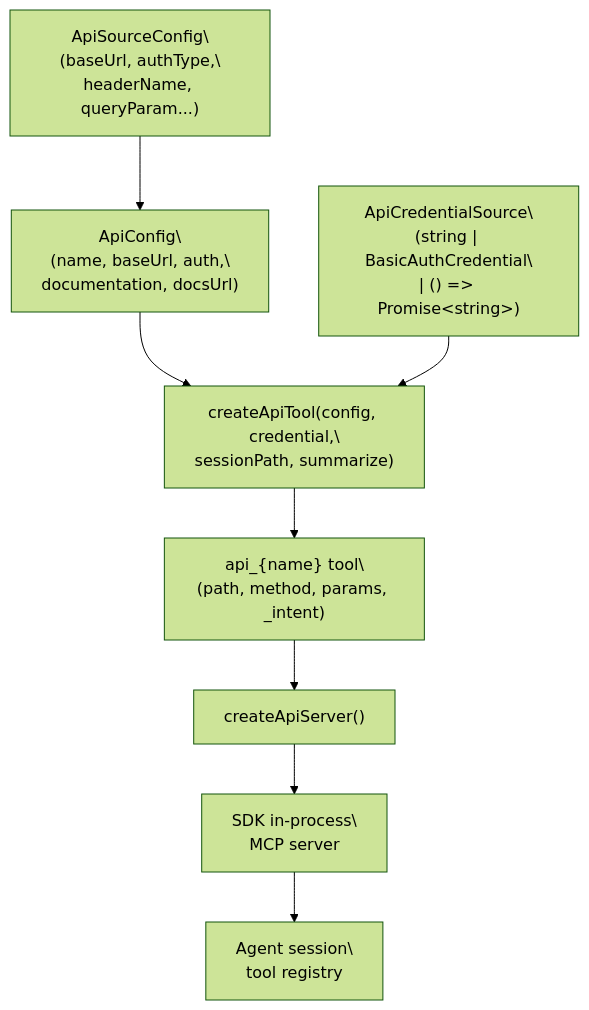
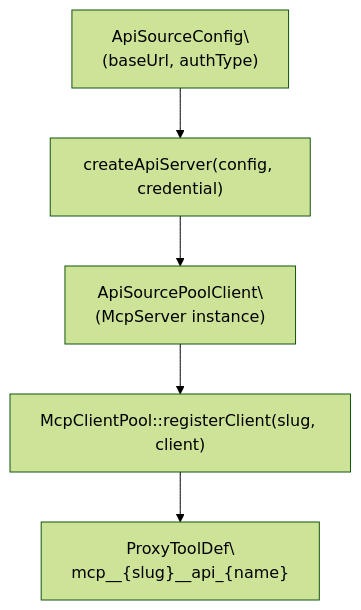
The third of 4 diagrams in docs/lukilabs_craft-agents-oss/core-concepts/sources.md (blackcater/zentree), drawn with Mermaid (forest theme) before and after one commit. The commit also changed other lines of this file and 232 other files, not shown here.

````diff
--- a/docs/lukilabs_craft-agents-oss/core-concepts/sources.md
+++ b/docs/lukilabs_craft-agents-oss/core-concepts/sources.md
@@ -206,29 +199,16 @@
 ```mermaid
 flowchart TD
     ApiSourceConfig["ApiSourceConfig\
-(baseUrl, authType,\
-headerName, queryParam...)"]
-    ApiConfig["ApiConfig\
-(name, baseUrl, auth,\
-documentation, docsUrl)"]
-    credential["ApiCredentialSource\
-(string | BasicAuthCredential\
-| () => Promise&lt;string&gt;)"]
-    createApiTool["createApiTool(config, credential,\
-sessionPath, summarize)"]
-    tool["api_{name} tool\
-(path, method, params, _intent)"]
-    createApiServer["createApiServer()"]
-    sdkMcpServer["SDK in-process\
-MCP server"]
-    agent["Agent session\
-tool registry"]
-
-    ApiSourceConfig --> ApiConfig
-    ApiConfig --> createApiTool
-    credential --> createApiTool
-    createApiTool --> tool
-    tool --> createApiServer
-    createApiServer --> sdkMcpServer
-    sdkMcpServer --> agent
+(baseUrl, authType)"]
+    createApiServer["createApiServer(config, credential)"]
+    ApiSourcePoolClient["ApiSourcePoolClient\
+(McpServer instance)"]
+    McpClientPool["McpClientPool::registerClient(slug, client)"]
+    ProxyToolDef["ProxyToolDef\
+mcp__{slug}__api_{name}"]
+    
+    ApiSourceConfig --> createApiServer
+    createApiServer --> ApiSourcePoolClient
+    ApiSourcePoolClient --> McpClientPool
+    McpClientPool --> ProxyToolDef
 ```
````
